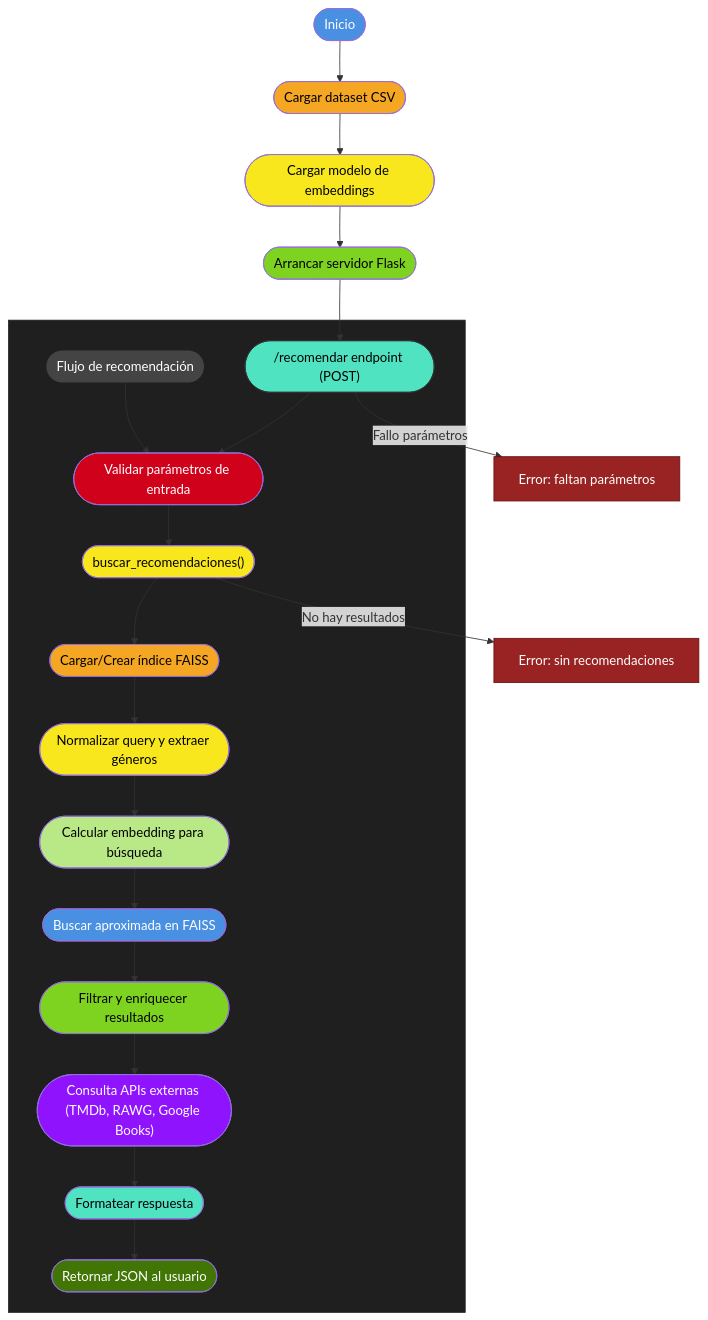
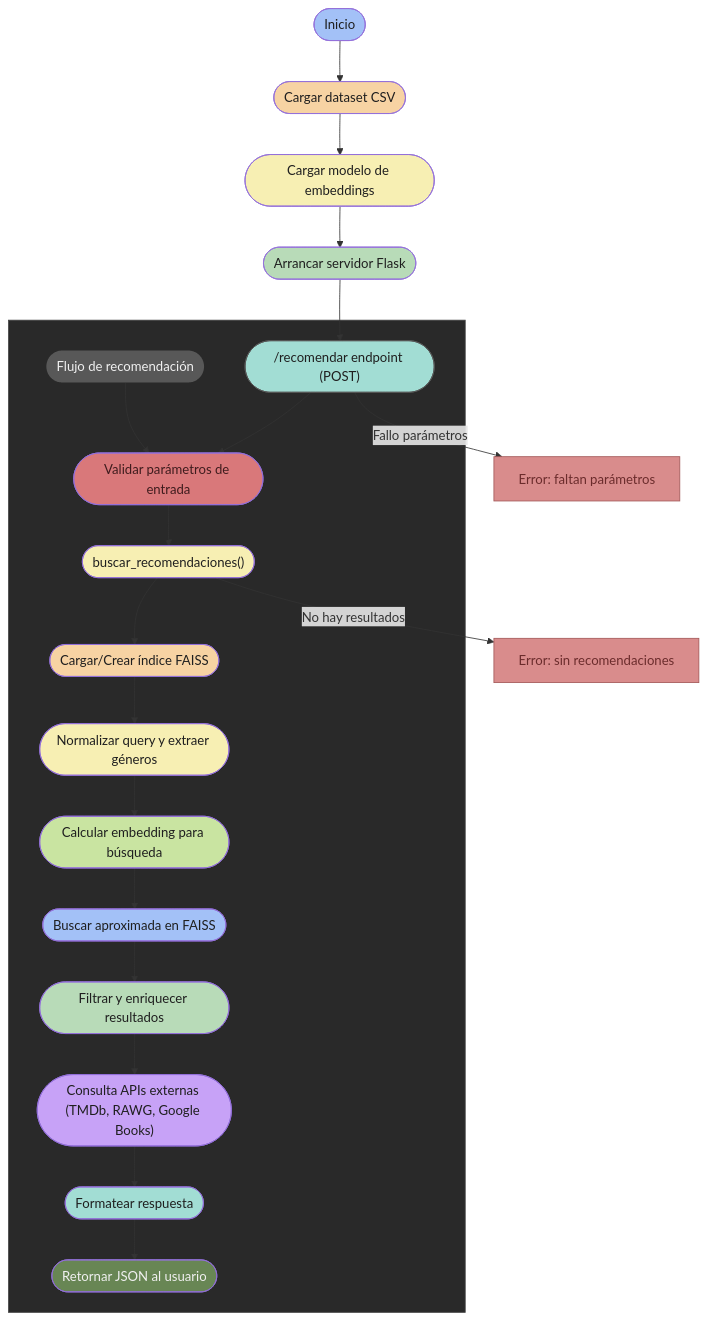
Before and after one commit to GerardoBlazquez/Sistema-de-Recomendaciones-Cruzadas: the diagram in README.md, drawn with Mermaid.

````diff
--- a/README.md
+++ b/README.md
@@ -150,61 +150,61 @@
 ```mermaid
 flowchart TD
     INICIO([Inicio])
     LOAD_DATASET(["Cargar dataset CSV"])
     LOAD_MODEL(["Cargar modelo de embeddings"])
     START_FLASK(["Arrancar servidor Flask"])
     RECOMENDAR_ENDPOINT(["/recomendar endpoint (POST)"])
 
     INICIO --> LOAD_DATASET
     LOAD_DATASET --> LOAD_MODEL
     LOAD_MODEL --> START_FLASK
     START_FLASK --> RECOMENDAR_ENDPOINT
 
 
   subgraph Flujo_de_recomendacion[" "]
     %% Nodo título
     TITULO(["Flujo de recomendación"]):::titulo
 
     %% Conexión fantasma para fijar TITULO arriba
     TITULO --> VALIDA_PARAMS
 
     %% Flujo real
     RECOMENDAR_ENDPOINT --> VALIDA_PARAMS(["Validar parámetros de entrada"])
     VALIDA_PARAMS --> BUSCA_RECOMENDACIONES(["buscar_recomendaciones()"])
     BUSCA_RECOMENDACIONES --> DATOS_INDEX(["Cargar/Crear índice FAISS"])
     DATOS_INDEX --> NORMALIZA_QUERY(["Normalizar query y extraer géneros"])
     NORMALIZA_QUERY --> CALC_EMBEDDING(["Calcular embedding para búsqueda"])
     CALC_EMBEDDING --> FAISS_SEARCH(["Buscar aproximada en FAISS"])
     FAISS_SEARCH --> FILTRA_RESULTADOS(["Filtrar y enriquecer resultados"])
     FILTRA_RESULTADOS --> EXTERNAL_API(["Consulta APIs externas (TMDb, RAWG, Google Books)"])
     EXTERNAL_API --> FORMATEA_RESPONSE(["Formatear respuesta"])
     FORMATEA_RESPONSE --> RETURN_JSON(["Retornar JSON al usuario"])
 end
 
-classDef titulo fill:#444444,color:#ffffff,stroke:none;
-classDef error fill:#992222,color:#ffffff,stroke:#661111;
+classDef titulo fill:#585858,color:#f0f0f0,stroke:none;
+classDef error fill:#d98c8c,color:#6b2c2c,stroke:#a25757;
 
 RECOMENDAR_ENDPOINT -->|Fallo parámetros| ERROR_PARAMS["Error: faltan parámetros"]:::error
 BUSCA_RECOMENDACIONES -->|No hay resultados| ERROR_NO_RESULTS["Error: sin recomendaciones"]:::error
 
-%% Estilos combinables y suaves
-style INICIO fill:#4a90e2,color:#ffffff
-style LOAD_DATASET fill:#f5a623,color:#000000
-style LOAD_MODEL fill:#f8e71c,color:#000000
-style START_FLASK fill:#7ed321,color:#000000
-style RECOMENDAR_ENDPOINT fill:#50e3c2,stroke:#333,color:#000000
+%% Estilos con colores pastel suavizados
+style INICIO fill:#a3c1f7,color:#1f1f1f
+style LOAD_DATASET fill:#f7d3a3,color:#1f1f1f
+style LOAD_MODEL fill:#f7efb3,color:#1f1f1f
+style START_FLASK fill:#b8dbb8,color:#1f1f1f
+style RECOMENDAR_ENDPOINT fill:#a2ddd4,stroke:#555555,color:#1f1f1f
 
-style VALIDA_PARAMS fill:#d0021b,color:#ffffff
-style BUSCA_RECOMENDACIONES fill:#f8e71c,color:#000000
-style DATOS_INDEX fill:#f5a623,color:#000000
-style NORMALIZA_QUERY fill:#f8e71c,color:#000000
-style CALC_EMBEDDING fill:#b8e986,color:#000000
-style FAISS_SEARCH fill:#4a90e2,color:#ffffff
-style FILTRA_RESULTADOS fill:#7ed321,color:#000000
-style EXTERNAL_API fill:#9013fe,color:#ffffff
-style FORMATEA_RESPONSE fill:#50e3c2,color:#000000
-style RETURN_JSON fill:#417505,color:#ffffff
+style VALIDA_PARAMS fill:#d9787a,color:#3f1c1e
+style BUSCA_RECOMENDACIONES fill:#f7efb3,color:#1f1f1f
+style DATOS_INDEX fill:#f7d3a3,color:#1f1f1f
+style NORMALIZA_QUERY fill:#f7efb3,color:#1f1f1f
+style CALC_EMBEDDING fill:#c9e4a1,color:#1f1f1f
+style FAISS_SEARCH fill:#a3c1f7,color:#1f1f1f
+style FILTRA_RESULTADOS fill:#b8dbb8,color:#1f1f1f
+style EXTERNAL_API fill:#c7a2f7,color:#1f1f1f
+style FORMATEA_RESPONSE fill:#a2ddd4,color:#1f1f1f
+style RETURN_JSON fill:#688654,color:#f0f0f0
 
 %% Color del subgrafo
-style Flujo_de_recomendacion fill:#1f1f1f,stroke:#222222,color:#ffffff
+style Flujo_de_recomendacion fill:#292929,stroke:#444444,color:#dcdcdc
 ```
````
